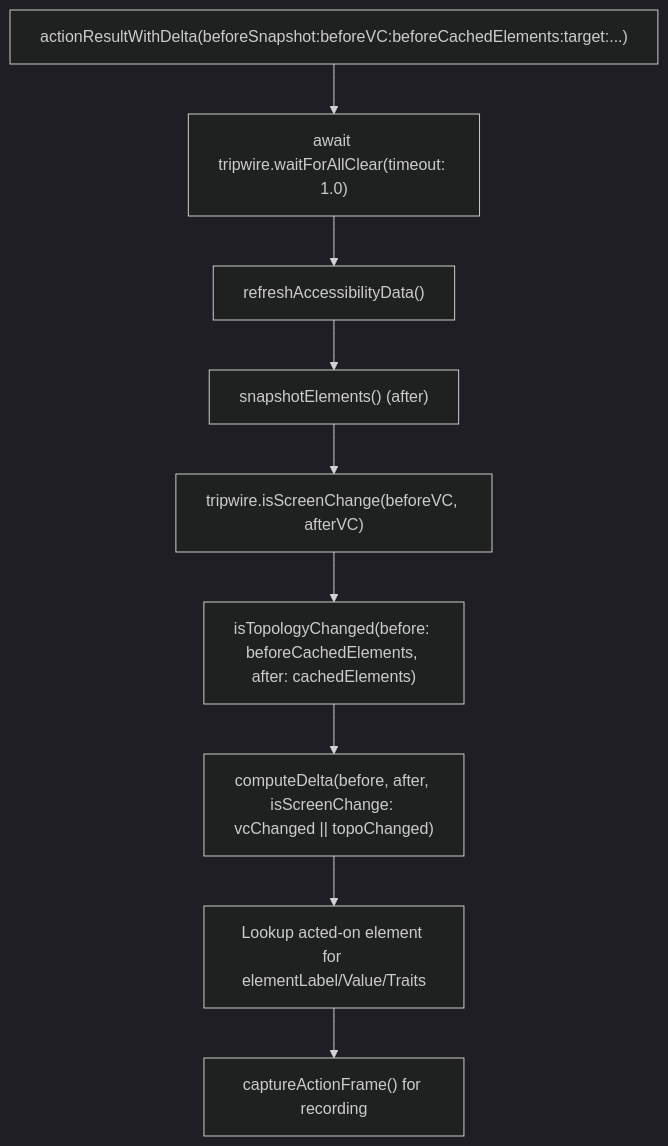
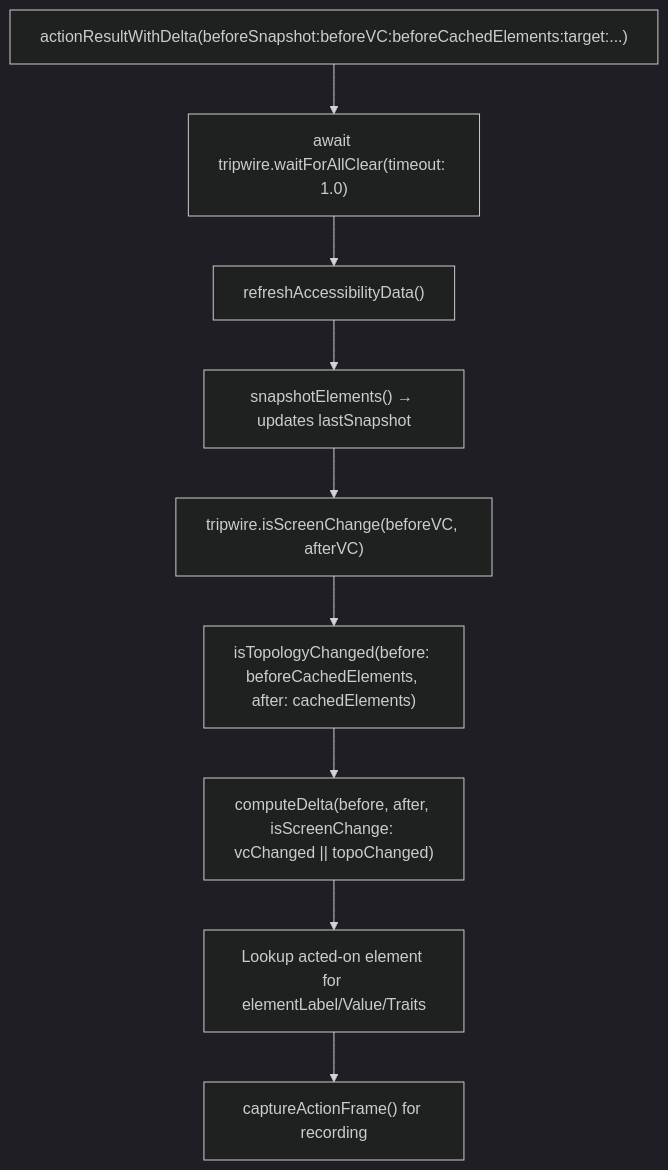
Before and after one commit to RoyalPineapple/TheButtonHeist: the fourth of 4 diagrams in docs/dossiers/13-THEBAGMAN.md, drawn with Mermaid (dark theme). The commit also changed other lines of this file and 20 other files, not shown here.

First line of the commit message:
Simplify snapshot architecture, add wait_for CLI, settle-driven polling

````diff
--- a/docs/dossiers/13-THEBAGMAN.md
+++ b/docs/dossiers/13-THEBAGMAN.md
@@ -122,12 +122,12 @@
 ```mermaid
 flowchart TD
     Start["actionResultWithDelta(beforeSnapshot:beforeVC:beforeCachedElements:target:...)"]
     Start --> WaitAllClear["await tripwire.waitForAllClear(timeout: 1.0)"]
     WaitAllClear --> Refresh["refreshAccessibilityData()"]
-    Refresh --> Snapshot["snapshotElements() (after)"]
+    Refresh --> Snapshot["snapshotElements() → updates lastSnapshot"]
     Snapshot --> VCCheck["tripwire.isScreenChange(beforeVC, afterVC)"]
     VCCheck --> TopoCheck["isTopologyChanged(before: beforeCachedElements, after: cachedElements)"]
     TopoCheck --> Delta["computeDelta(before, after, isScreenChange: vcChanged || topoChanged)"]
     Delta --> Lookup["Lookup acted-on element for elementLabel/Value/Traits"]
     Lookup --> Frame["captureActionFrame() for recording"]
 ```
````
